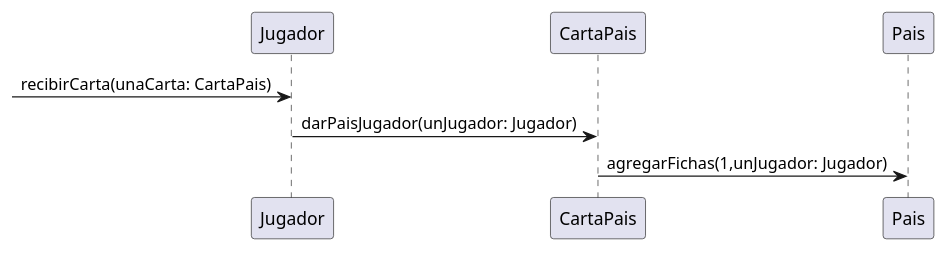
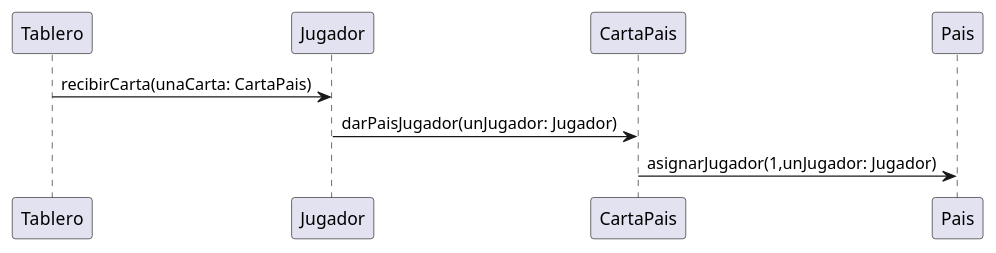
Before and after one commit to mpata2000/Algo3-TP2-TEG: the diagram in docs/Diagramas/Codigo/DiagramaDeSecuenciaAJugadorLeCartaPais.puml, drawn with PlantUML. The commit also changed 11 other files, not shown here.

Commit message:
Diagrama agregar Fichas a un Pais

```diff
--- a/docs/Diagramas/Codigo/DiagramaDeSecuenciaAJugadorLeCartaPais.puml
+++ b/docs/Diagramas/Codigo/DiagramaDeSecuenciaAJugadorLeCartaPais.puml
@@ -1,7 +1,8 @@
 @startuml DiagramaDeSecuenciaAJugadorLeCartaPais-v0.1
 
--> Jugador: recibirCarta(unaCarta: CartaPais)
+Tablero -> Jugador: recibirCarta(unaCarta: CartaPais)
 Jugador -> CartaPais: darPaisJugador(unJugador: Jugador)
-CartaPais -> Pais: agregarFichas(1,unJugador: Jugador)
+CartaPais -> Pais: asignarJugador(1,unJugador: Jugador)
+
 
 @enduml
```
